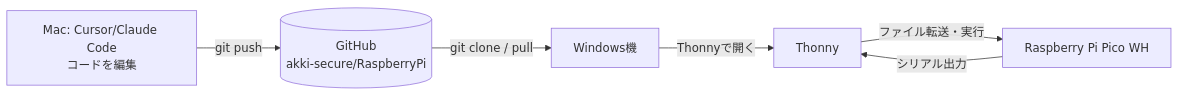
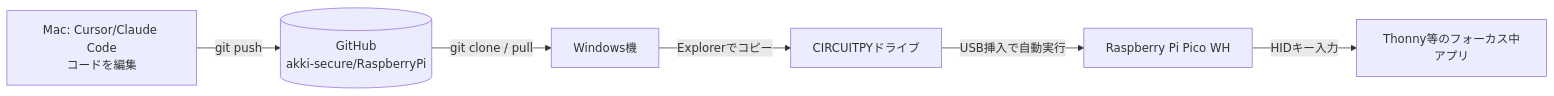
The diagram in README.md (akki-secure/RaspberryPi), drawn with Mermaid before and after one commit. The commit also changed other lines of this file and 21 other files, not shown here.

````diff
--- a/README.md
+++ b/README.md
@@ -74,8 +74,8 @@
 ```mermaid
 flowchart LR
     A[Mac: Cursor/Claude Code<br>コードを編集] -->|git push| B[(GitHub<br>akki-secure/RaspberryPi)]
     B -->|git clone / pull| C[Windows機]
-    C -->|Thonnyで開く| D[Thonny]
-    D -->|ファイル転送・実行| E[Raspberry Pi Pico WH]
-    E -->|シリアル出力| D
+    C -->|Explorerでコピー| D[CIRCUITPYドライブ]
+    D -->|USB挿入で自動実行| E[Raspberry Pi Pico WH]
+    E -->|HIDキー入力| F[Thonny等のフォーカス中アプリ]
 ```
````
